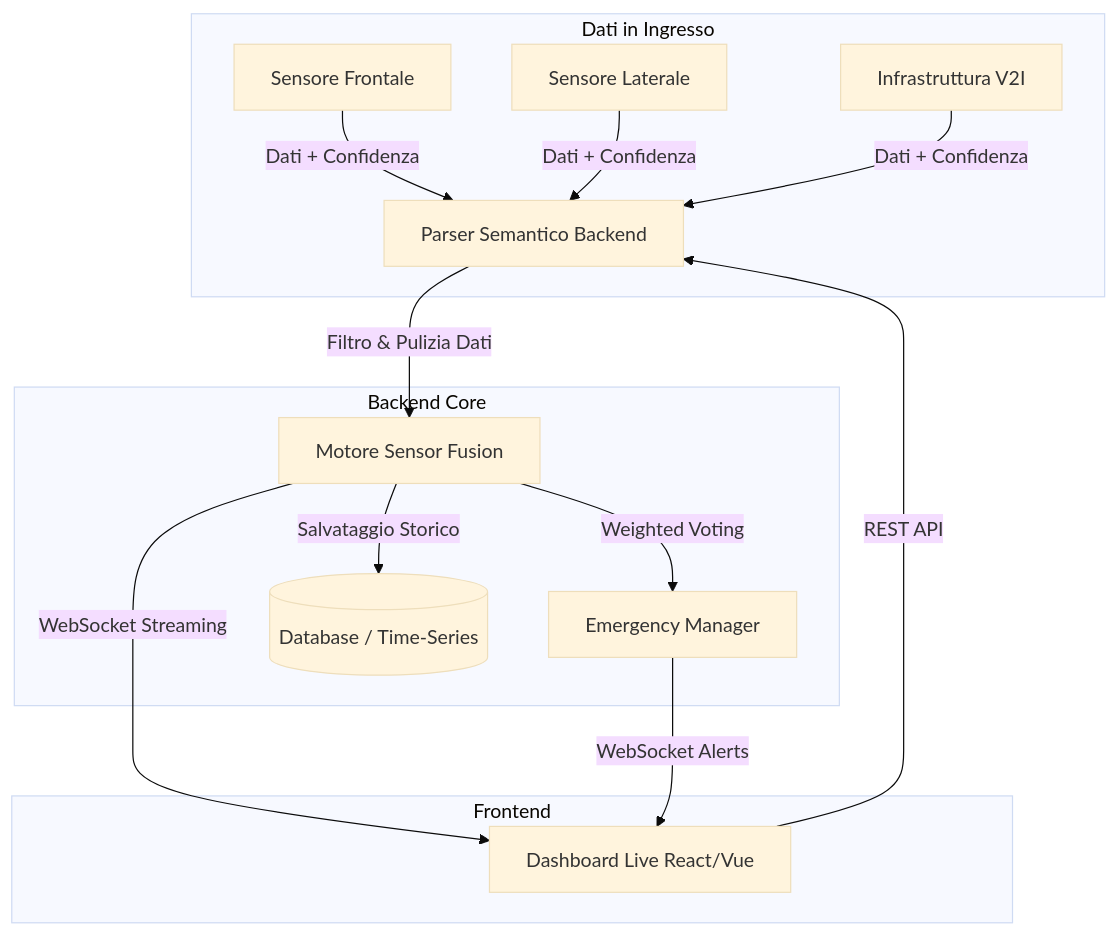
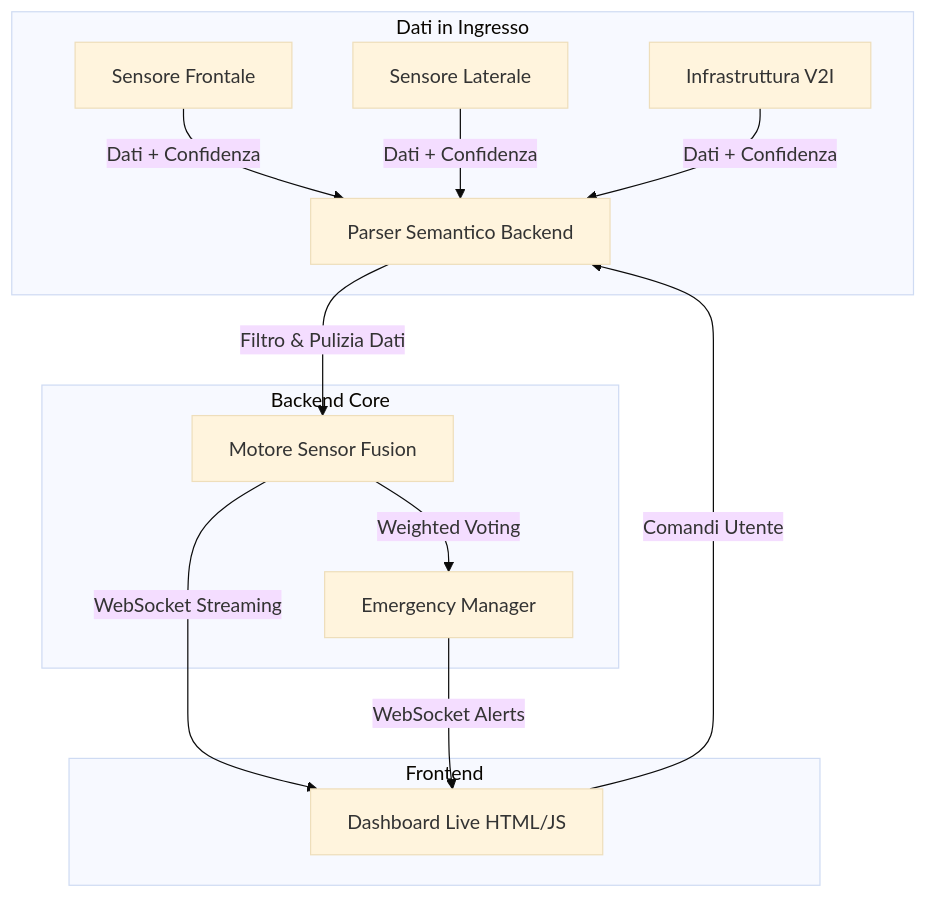
Before and after one commit to Karma177/TeamNumero4-VShuttle: the diagram in README.md, drawn with Mermaid (base theme). The commit also changed other lines of this file and 4 other files, not shown here.

````diff
--- a/README.md
+++ b/README.md
@@ -70,21 +100,19 @@
 ```mermaid
 graph TD
     subgraph Dati in Ingresso
         S1[Sensore Frontale] -->|Dati + Confidenza| PS[Parser Semantico Backend]
         S2[Sensore Laterale] -->|Dati + Confidenza| PS
         V2I[Infrastruttura V2I] -->|Dati + Confidenza| PS
     end
 
     subgraph Backend Core
         PS -->|Filtro & Pulizia Dati| SF[Motore Sensor Fusion]
         SF -->|Weighted Voting| EM[Emergency Manager]
-        SF -->|Salvataggio Storico| DB[(Database / Time-Series)]
     end
 
     subgraph Frontend
-        SF -- WebSocket Streaming --> DL[Dashboard Live React/Vue]
+        SF -- WebSocket Streaming --> DL[Dashboard Live HTML/JS]
         EM -- WebSocket Alerts --> DL
-        DL -- REST API --> PS
+        DL -- Comandi Utente --> PS
     end
-
 ```
````
